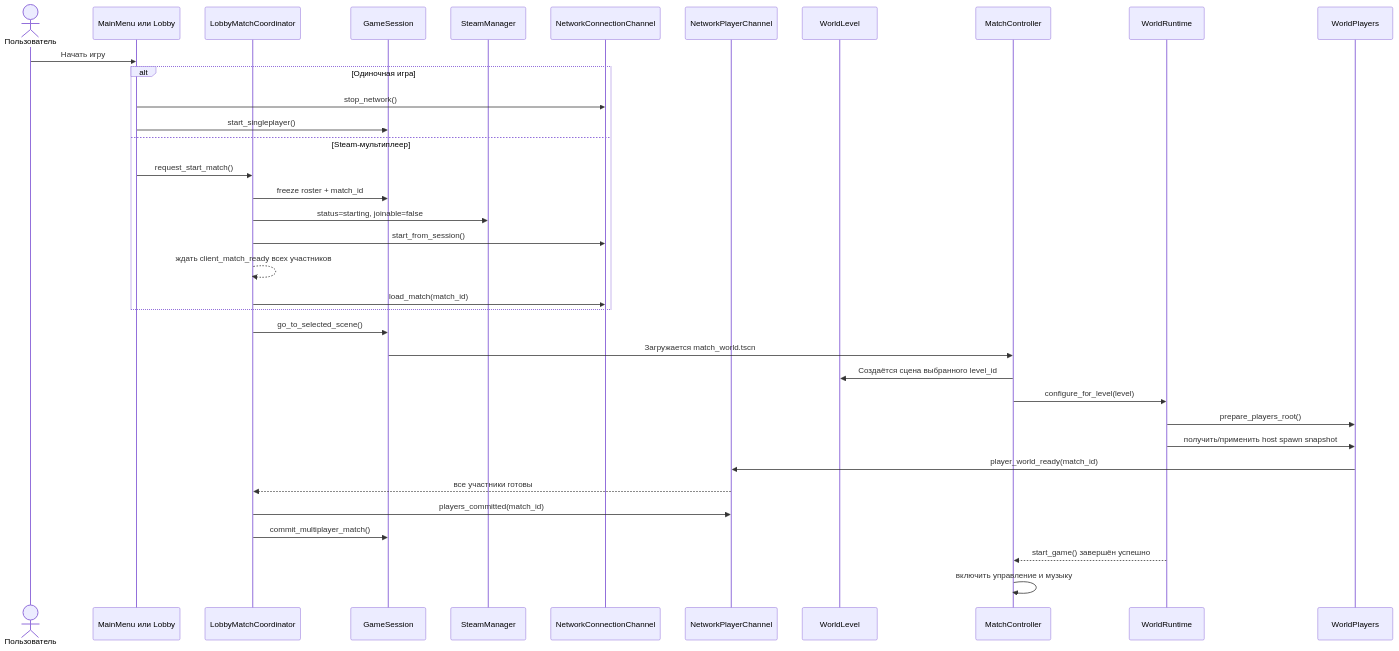
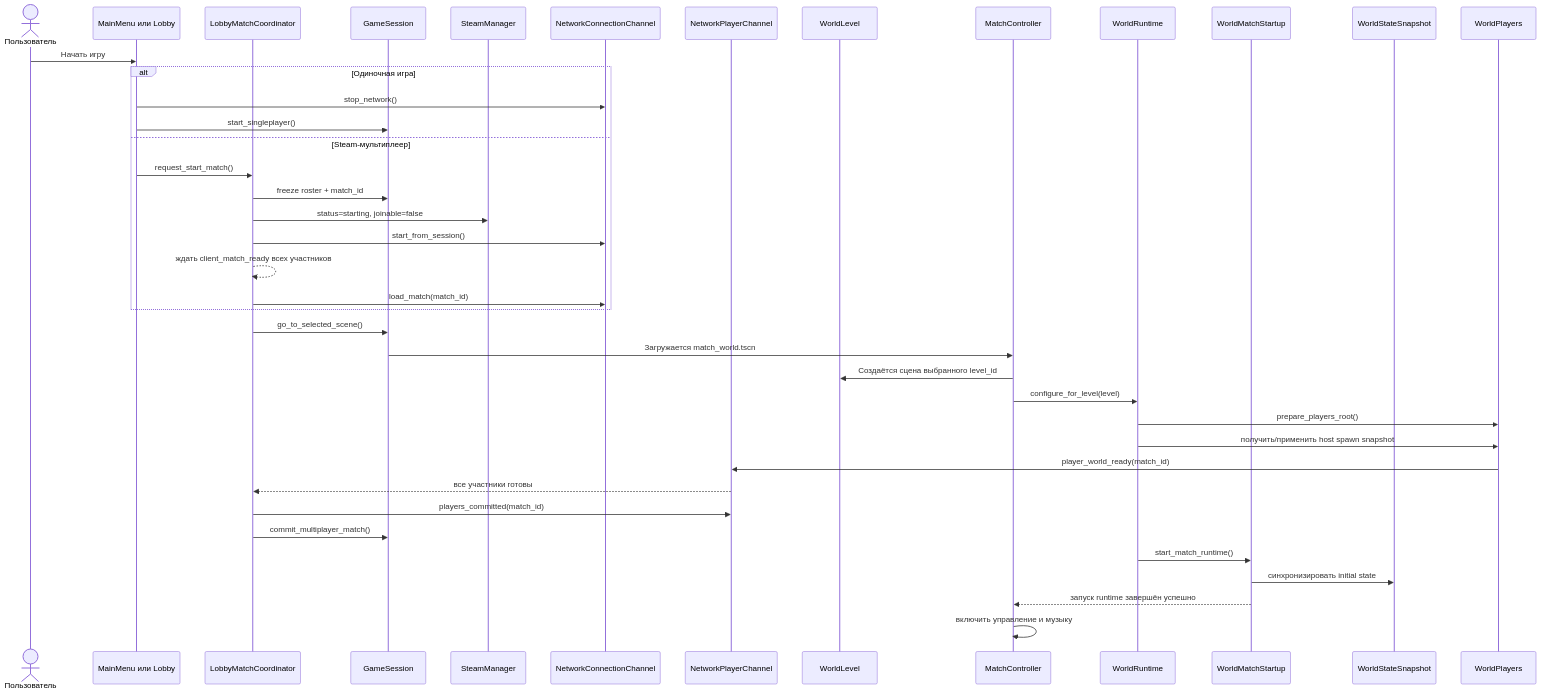
The second of 7 diagrams in PROJECT_GUIDE_RU.md (Evstratenko98/godot-dragonstride), drawn with Mermaid before and after one commit. The commit also changed other lines of this file and 55 other files, not shown here.

````diff
--- a/PROJECT_GUIDE_RU.md
+++ b/PROJECT_GUIDE_RU.md
@@ -304,39 +304,43 @@
 ```mermaid
 sequenceDiagram
     actor User as Пользователь
     participant Menu as MainMenu или Lobby
     participant Coordinator as LobbyMatchCoordinator
     participant Session as GameSession
     participant Steam as SteamManager
     participant Net as NetworkConnectionChannel
     participant PlayerNet as NetworkPlayerChannel
     participant Level as WorldLevel
     participant Match as MatchController
     participant Runtime as WorldRuntime
+    participant Startup as WorldMatchStartup
+    participant Snapshot as WorldStateSnapshot
     participant Players as WorldPlayers
 
     User->>Menu: Начать игру
     alt Одиночная игра
         Menu->>Net: stop_network()
         Menu->>Session: start_singleplayer()
     else Steam-мультиплеер
         Menu->>Coordinator: request_start_match()
         Coordinator->>Session: freeze roster + match_id
         Coordinator->>Steam: status=starting, joinable=false
         Coordinator->>Net: start_from_session()
         Coordinator-->>Coordinator: ждать client_match_ready всех участников
         Coordinator->>Net: load_match(match_id)
     end
     Coordinator->>Session: go_to_selected_scene()
     Session->>Match: Загружается match_world.tscn
     Match->>Level: Создаётся сцена выбранного level_id
     Match->>Runtime: configure_for_level(level)
     Runtime->>Players: prepare_players_root()
     Runtime->>Players: получить/применить host spawn snapshot
     Players->>PlayerNet: player_world_ready(match_id)
     PlayerNet-->>Coordinator: все участники готовы
     Coordinator->>PlayerNet: players_committed(match_id)
     Coordinator->>Session: commit_multiplayer_match()
-    Runtime-->>Match: start_game() завершён успешно
+    Runtime->>Startup: start_match_runtime()
+    Startup->>Snapshot: синхронизировать initial state
+    Startup-->>Match: запуск runtime завершён успешно
     Match->>Match: включить управление и музыку
 ```
````
